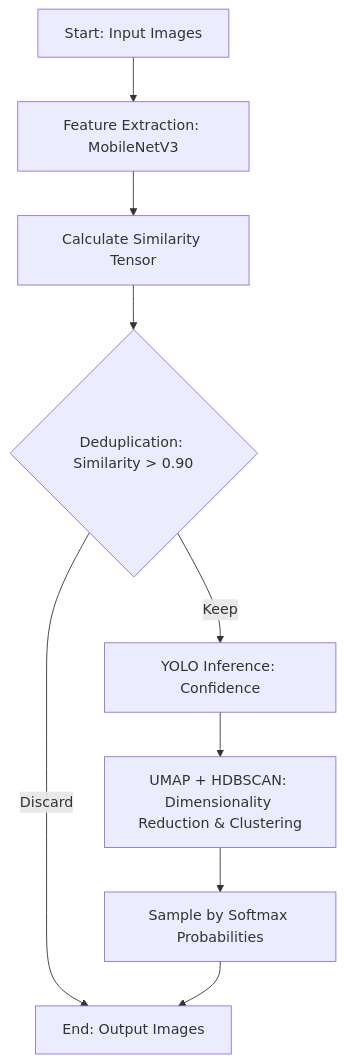
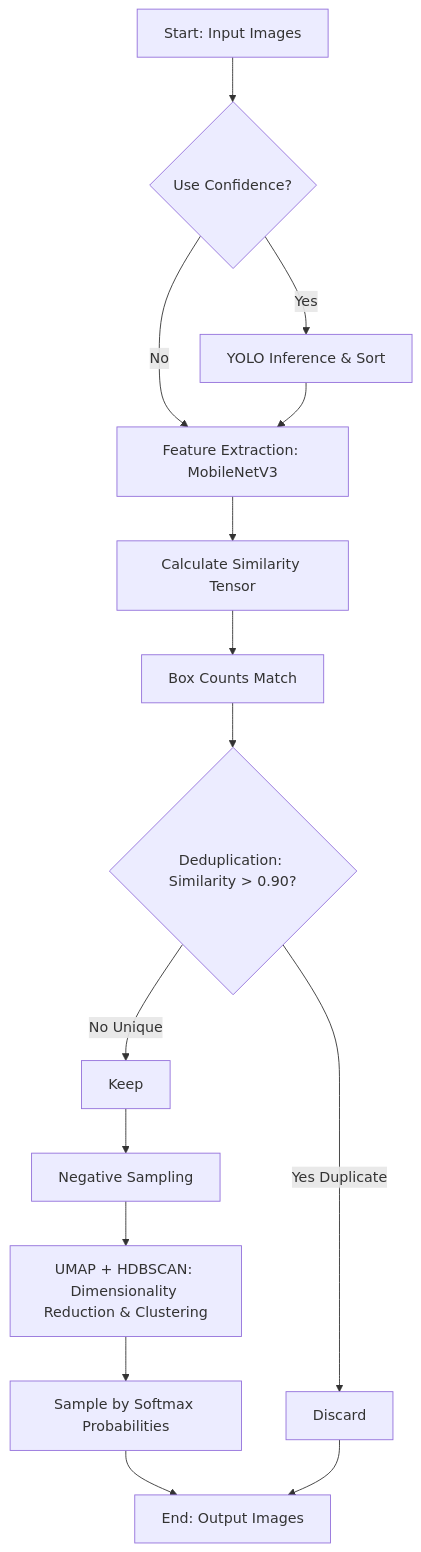
One commit to leo2783/Traffic-Violation-Reporting-Automation-TVRA changed the diagram in Tools/sampling/detail/SAMPLING_DETAILS_en.md. Above: the diagram before and after it, drawn with Mermaid. The commit also changed 10 other files, not shown here.

````diff
--- a/Tools/sampling/detail/SAMPLING_DETAILS_en.md
+++ b/Tools/sampling/detail/SAMPLING_DETAILS_en.md
@@ -19,11 +19,19 @@
 ```mermaid
 graph TD
-    A[Start: Input Images] --> B[Feature Extraction: MobileNetV3]
-    B --> C[Calculate Similarity Tensor]
-    C --> D{Deduplication: Similarity > 0.90}
-    D -- Discard --> H[End: Output Images]
-    D -- Keep --> E[YOLO Inference: Confidence]
-    E --> F[UMAP + HDBSCAN: Dimensionality Reduction & Clustering]
-    F --> G[Sample by Softmax Probabilities]
-    G --> H
+    A[Start: Input Images] --> B{Use Confidence?}
+    B -- Yes --> C[YOLO Inference & Sort]
+    B -- No --> D[Feature Extraction: MobileNetV3]
+    C --> D
+    D --> E[Calculate Similarity Tensor]
+    E --> F[Box Counts Match]
+    F --> G{Deduplication: Similarity > 0.90?}
+    G -- Yes Duplicate --> H[Discard]
+    G -- No Unique --> I[Keep]
+    
+    %% Sampling phase (sampling.py)
+    I --> J[Negative Sampling]
+    J --> K[UMAP + HDBSCAN: Dimensionality Reduction & Clustering]
+    K --> L[Sample by Softmax Probabilities]
+    L --> M[End: Output Images]
+    H --> M
 ```
````
